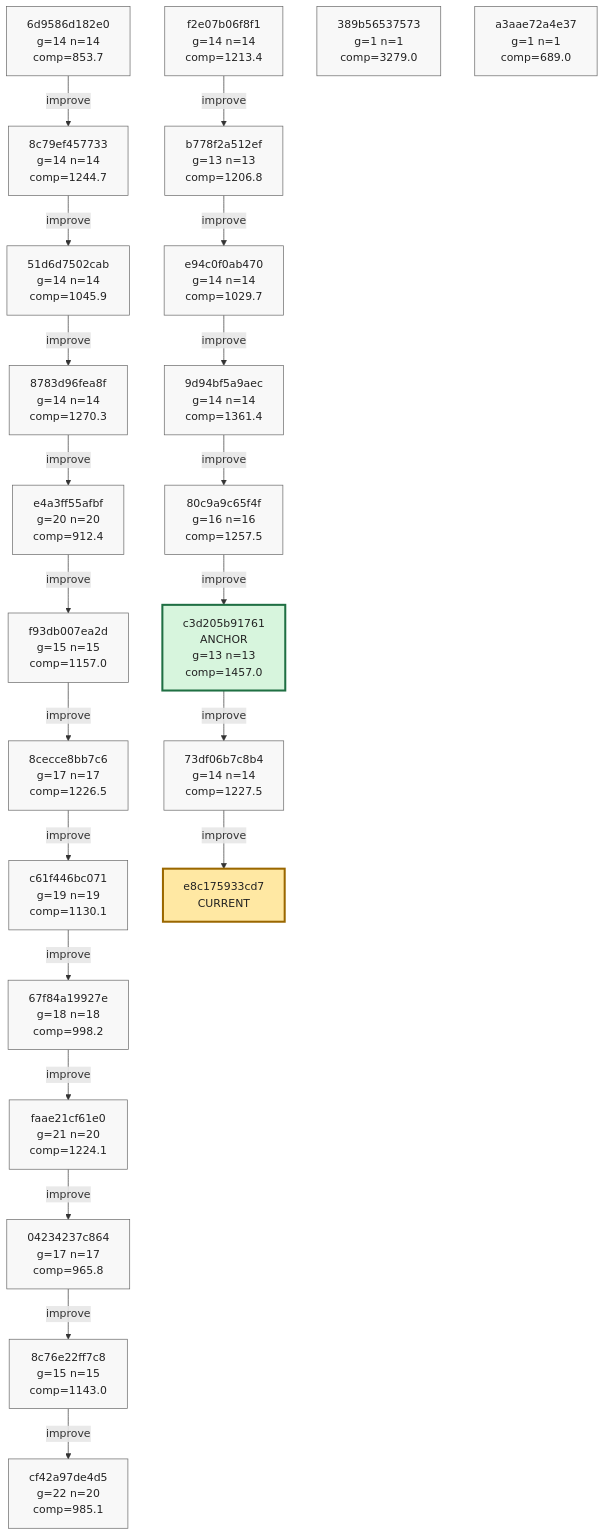
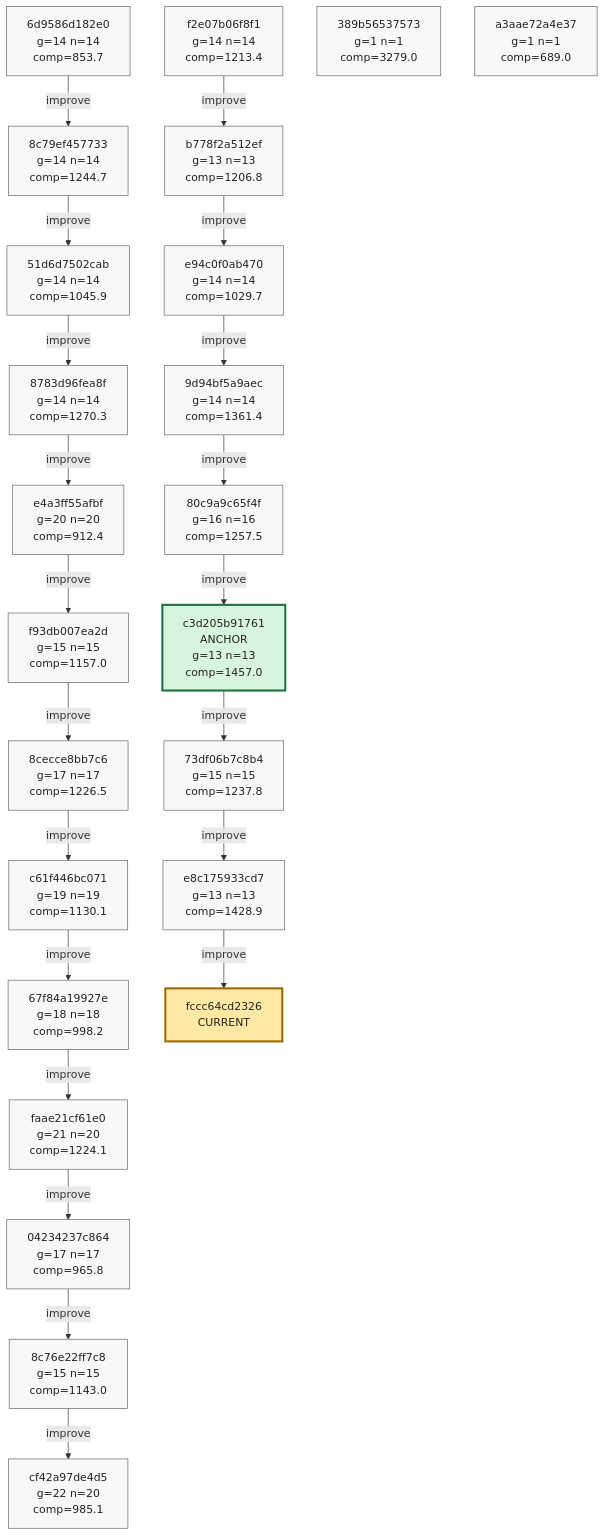
One commit to azumag/soviet_now changed the eighth of 8 diagrams in phyrogenetic-tree.md. Above: the diagram before and after it, drawn with Mermaid. The commit also changed other lines of this file and 2 other files, not shown here.

Commit message:
eloop Improve after 12 games (scores: 871 1136 1847 1357 2513 1296 4173 1301 1596 1986 1259 3155)

````diff
--- a/phyrogenetic-tree.md
+++ b/phyrogenetic-tree.md
@@ -1909,75 +1910,78 @@
 ```mermaid
 flowchart TD
     h_6d9586d182e0["6d9586d182e0<br/>g=14 n=14<br/>comp=853.7"]
     h_8c79ef457733["8c79ef457733<br/>g=14 n=14<br/>comp=1244.7"]
     h_51d6d7502cab["51d6d7502cab<br/>g=14 n=14<br/>comp=1045.9"]
     h_8783d96fea8f["8783d96fea8f<br/>g=14 n=14<br/>comp=1270.3"]
     h_e4a3ff55afbf["e4a3ff55afbf<br/>g=20 n=20<br/>comp=912.4"]
     h_f93db007ea2d["f93db007ea2d<br/>g=15 n=15<br/>comp=1157.0"]
     h_8cecce8bb7c6["8cecce8bb7c6<br/>g=17 n=17<br/>comp=1226.5"]
     h_c61f446bc071["c61f446bc071<br/>g=19 n=19<br/>comp=1130.1"]
     h_67f84a19927e["67f84a19927e<br/>g=18 n=18<br/>comp=998.2"]
     h_faae21cf61e0["faae21cf61e0<br/>g=21 n=20<br/>comp=1224.1"]
     h_04234237c864["04234237c864<br/>g=17 n=17<br/>comp=965.8"]
     h_8c76e22ff7c8["8c76e22ff7c8<br/>g=15 n=15<br/>comp=1143.0"]
     h_cf42a97de4d5["cf42a97de4d5<br/>g=22 n=20<br/>comp=985.1"]
     h_f2e07b06f8f1["f2e07b06f8f1<br/>g=14 n=14<br/>comp=1213.4"]
     h_b778f2a512ef["b778f2a512ef<br/>g=13 n=13<br/>comp=1206.8"]
     h_e94c0f0ab470["e94c0f0ab470<br/>g=14 n=14<br/>comp=1029.7"]
     h_9d94bf5a9aec["9d94bf5a9aec<br/>g=14 n=14<br/>comp=1361.4"]
     h_80c9a9c65f4f["80c9a9c65f4f<br/>g=16 n=16<br/>comp=1257.5"]
     h_c3d205b91761["c3d205b91761<br/>ANCHOR<br/>g=13 n=13<br/>comp=1457.0"]
-    h_73df06b7c8b4["73df06b7c8b4<br/>g=14 n=14<br/>comp=1227.5"]
+    h_73df06b7c8b4["73df06b7c8b4<br/>g=15 n=15<br/>comp=1237.8"]
+    h_e8c175933cd7["e8c175933cd7<br/>g=13 n=13<br/>comp=1428.9"]
     h_389b56537573["389b56537573<br/>g=1 n=1<br/>comp=3279.0"]
     h_a3aae72a4e37["a3aae72a4e37<br/>g=1 n=1<br/>comp=689.0"]
-    h_e8c175933cd7["e8c175933cd7<br/>CURRENT"]
+    h_fccc64cd2326["fccc64cd2326<br/>CURRENT"]
 
     h_6d9586d182e0 -->|improve| h_8c79ef457733
     h_8c79ef457733 -->|improve| h_51d6d7502cab
     h_51d6d7502cab -->|improve| h_8783d96fea8f
     h_8783d96fea8f -->|improve| h_e4a3ff55afbf
     h_e4a3ff55afbf -->|improve| h_f93db007ea2d
     h_f93db007ea2d -->|improve| h_8cecce8bb7c6
     h_8cecce8bb7c6 -->|improve| h_c61f446bc071
     h_c61f446bc071 -->|improve| h_67f84a19927e
     h_67f84a19927e -->|improve| h_faae21cf61e0
     h_faae21cf61e0 -->|improve| h_04234237c864
     h_04234237c864 -->|improve| h_8c76e22ff7c8
     h_8c76e22ff7c8 -->|improve| h_cf42a97de4d5
     h_f2e07b06f8f1 -->|improve| h_b778f2a512ef
     h_b778f2a512ef -->|improve| h_e94c0f0ab470
     h_e94c0f0ab470 -->|improve| h_9d94bf5a9aec
     h_9d94bf5a9aec -->|improve| h_80c9a9c65f4f
     h_80c9a9c65f4f -->|improve| h_c3d205b91761
     h_c3d205b91761 -->|improve| h_73df06b7c8b4
     h_73df06b7c8b4 -->|improve| h_e8c175933cd7
+    h_e8c175933cd7 -->|improve| h_fccc64cd2326
 
     classDef plain fill:#f8f8f8,stroke:#666,stroke-width:1px,color:#222;
     classDef current fill:#ffe8a3,stroke:#9a6700,stroke-width:3px,color:#222;
     classDef anchor fill:#d7f5dd,stroke:#1f6f43,stroke-width:3px,color:#222;
     classDef current_anchor fill:#f3e4a8,stroke:#1f6f43,stroke-width:4px,color:#222;
 
     class h_6d9586d182e0 plain;
     class h_8c79ef457733 plain;
     class h_51d6d7502cab plain;
     class h_8783d96fea8f plain;
     class h_e4a3ff55afbf plain;
     class h_f93db007ea2d plain;
     class h_8cecce8bb7c6 plain;
     class h_c61f446bc071 plain;
     class h_67f84a19927e plain;
     class h_faae21cf61e0 plain;
     class h_04234237c864 plain;
     class h_8c76e22ff7c8 plain;
     class h_cf42a97de4d5 plain;
     class h_f2e07b06f8f1 plain;
     class h_b778f2a512ef plain;
     class h_e94c0f0ab470 plain;
     class h_9d94bf5a9aec plain;
     class h_80c9a9c65f4f plain;
     class h_c3d205b91761 anchor;
     class h_73df06b7c8b4 plain;
+    class h_e8c175933cd7 plain;
     class h_389b56537573 plain;
     class h_a3aae72a4e37 plain;
-    class h_e8c175933cd7 current;
+    class h_fccc64cd2326 current;
 ```
````
